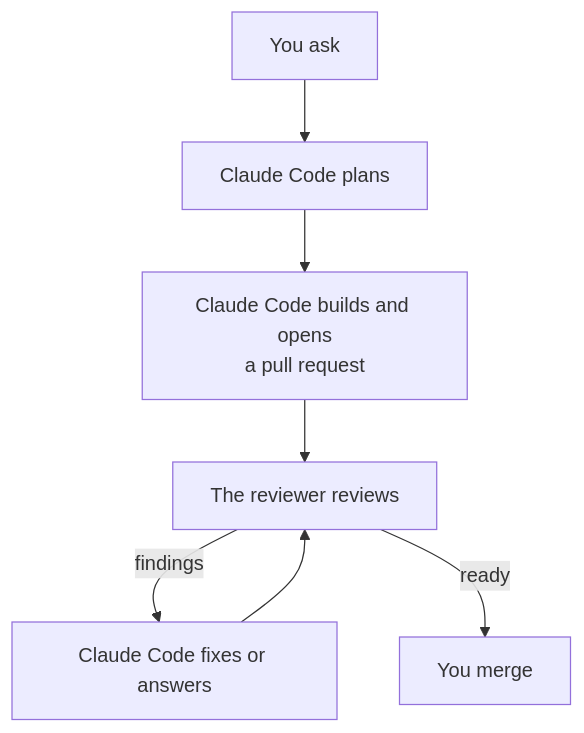
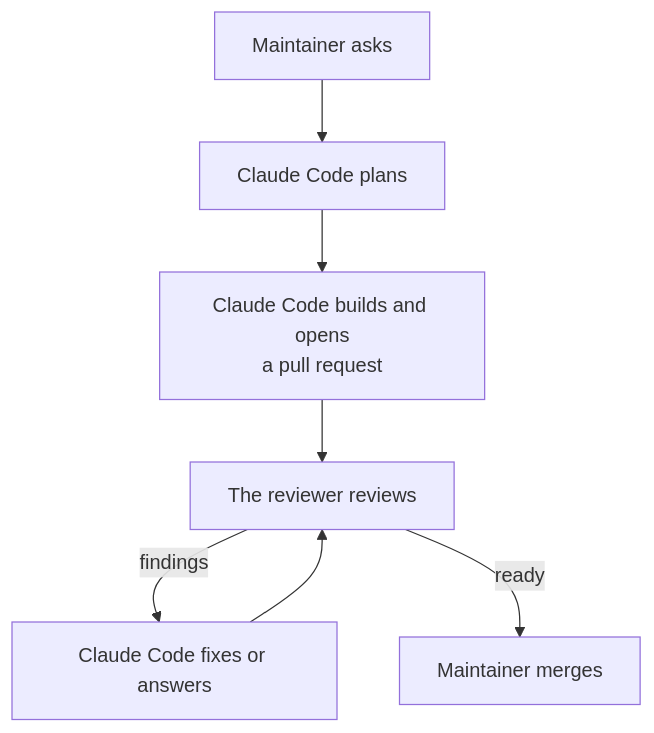
The diagram in docs/how-it-works.md (ericfurspan/mentat), drawn with Mermaid before and after one commit. The commit also changed other lines of this file and 3 other files, not shown here.

````diff
--- a/docs/how-it-works.md
+++ b/docs/how-it-works.md
@@ -7,9 +7,9 @@
 ```mermaid
 flowchart TD
-    A["You ask"] --> B["Claude Code plans"]
+    A["Maintainer asks"] --> B["Claude Code plans"]
     B --> C["Claude Code builds and opens<br/>a pull request"]
     C --> D["The reviewer reviews"]
     D -- findings --> E["Claude Code fixes or answers"]
     E --> D
-    D -- ready --> F["You merge"]
+    D -- ready --> F["Maintainer merges"]
 ```
````
